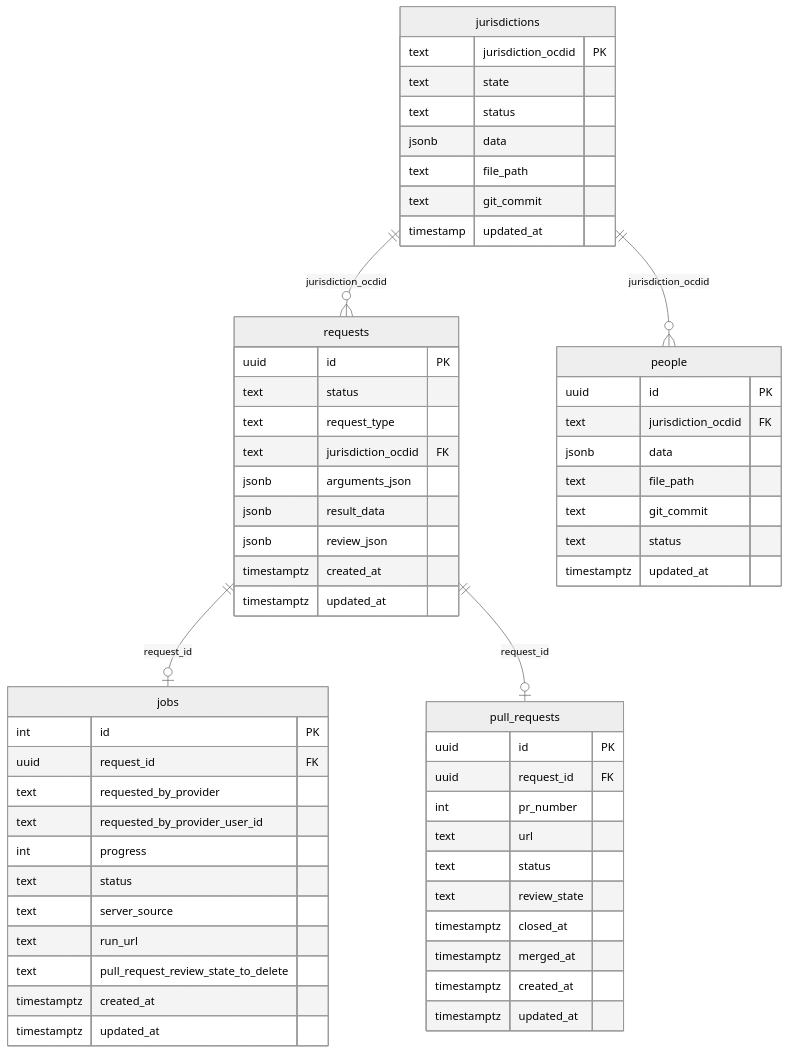
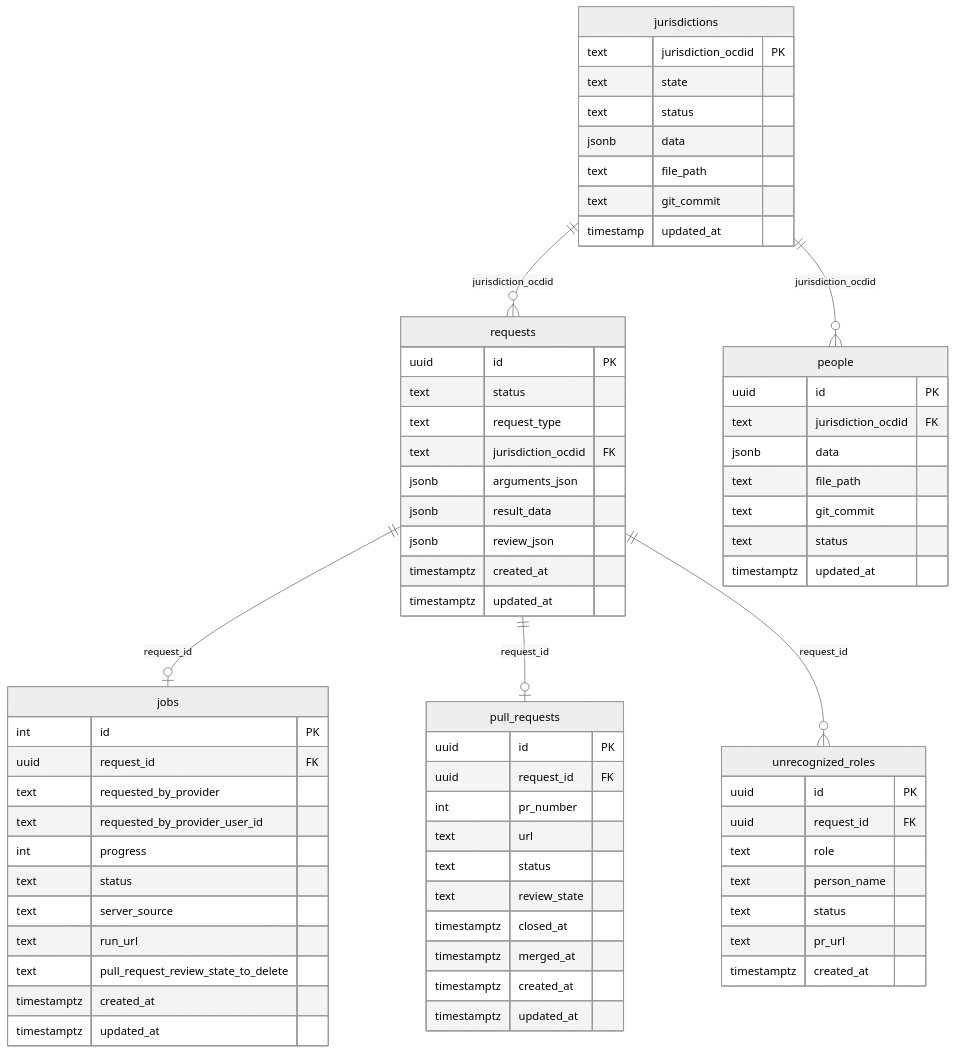
The diagram in api.civicpatch.org/README.md (CivicPatch/civicpatch-tools), drawn with Mermaid (neutral theme) before and after one commit. The commit also changed 26 other files, not shown here.

````diff
--- a/api.civicpatch.org/README.md
+++ b/api.civicpatch.org/README.md
@@ -109,66 +109,77 @@
 ```mermaid
 erDiagram
     jurisdictions {
         text jurisdiction_ocdid PK
         text state
         text status
         jsonb data
         text file_path
         text git_commit
         timestamp updated_at
     }
 
     requests {
         uuid id PK
         text status
         text request_type
         text jurisdiction_ocdid FK
         jsonb arguments_json
         jsonb result_data
         jsonb review_json
         timestamptz created_at
         timestamptz updated_at
     }
 
     jobs {
         int id PK
         uuid request_id FK
         text requested_by_provider
         text requested_by_provider_user_id
         int progress
         text status
         text server_source
         text run_url
         text pull_request_review_state_to_delete
         timestamptz created_at
         timestamptz updated_at
     }
 
     pull_requests {
         uuid id PK
         uuid request_id FK
         int pr_number
         text url
         text status
         text review_state
         timestamptz closed_at
         timestamptz merged_at
         timestamptz created_at
         timestamptz updated_at
     }
 
     people {
         uuid id PK
         text jurisdiction_ocdid FK
         jsonb data
         text file_path
         text git_commit
         text status
         timestamptz updated_at
     }
 
+    unrecognized_roles {
+        uuid id PK
+        uuid request_id FK
+        text role
+        text person_name
+        text status
+        text pr_url
+        timestamptz created_at
+    }
+
     jurisdictions ||--o{ requests : "jurisdiction_ocdid"
     jurisdictions ||--o{ people : "jurisdiction_ocdid"
     requests ||--o| jobs : "request_id"
     requests ||--o| pull_requests : "request_id"
+    requests ||--o{ unrecognized_roles : "request_id"
 ```
````
